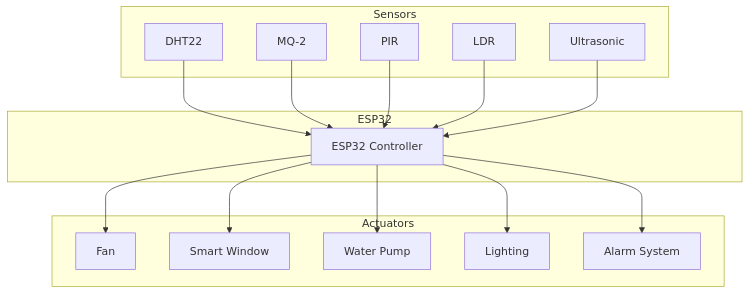
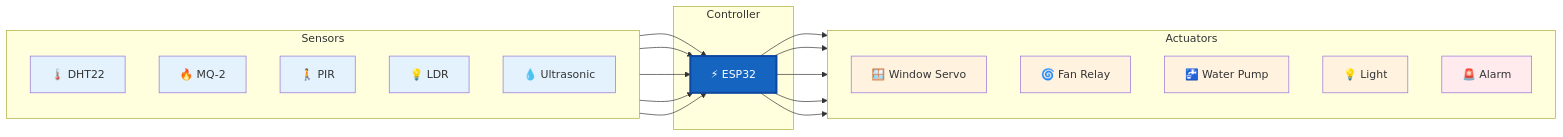
Before and after one commit to ahmedMadh/Full-Smart-Home-with-AI: the first of 8 diagrams in README.md, drawn with Mermaid. The commit also changed other lines of this file, not shown here.

````diff
--- a/README.md
+++ b/README.md
@@ -200,35 +202,49 @@
 ```mermaid
-flowchart TB
+flowchart LR
 
 subgraph Sensors
-    DHT[DHT22]
-    MQ2[MQ-2]
-    PIR[PIR]
-    LDR[LDR]
-    ULT[Ultrasonic]
+    direction TB
+    DHT["🌡️ DHT22"]
+    MQ2["🔥 MQ-2"]
+    PIR["🚶 PIR"]
+    LDR["💡 LDR"]
+    ULTRA["💧 Ultrasonic"]
 end
 
-subgraph ESP32
-    ESP[ESP32 Controller]
+subgraph Controller
+    ESP["⚡ ESP32"]
 end
 
 subgraph Actuators
-    Fan[Fan]
-    Servo[Smart Window]
-    Pump[Water Pump]
-    Light[Lighting]
-    Alarm[Alarm System]
+    direction TB
+    WINDOW["🪟 Window Servo"]
+    FAN["🌀 Fan Relay"]
+    PUMP["🚰 Water Pump"]
+    LIGHT["💡 Light"]
+    ALARM["🚨 Alarm"]
 end
 
 DHT --> ESP
 MQ2 --> ESP
 PIR --> ESP
 LDR --> ESP
-ULT --> ESP
+ULTRA --> ESP
 
-ESP --> Fan
-ESP --> Servo
-ESP --> Pump
-ESP --> Light
-ESP --> Alarm
+ESP --> WINDOW
+ESP --> FAN
+ESP --> PUMP
+ESP --> LIGHT
+ESP --> ALARM
+
+style ESP fill:#1565C0,color:#fff,stroke:#0D47A1,stroke-width:3px
+style DHT fill:#E3F2FD
+style MQ2 fill:#E3F2FD
+style PIR fill:#E3F2FD
+style LDR fill:#E3F2FD
+style ULTRA fill:#E3F2FD
+style WINDOW fill:#FFF3E0
+style FAN fill:#FFF3E0
+style PUMP fill:#FFF3E0
+style LIGHT fill:#FFF3E0
+style ALARM fill:#FFEBEE
 ```
````
